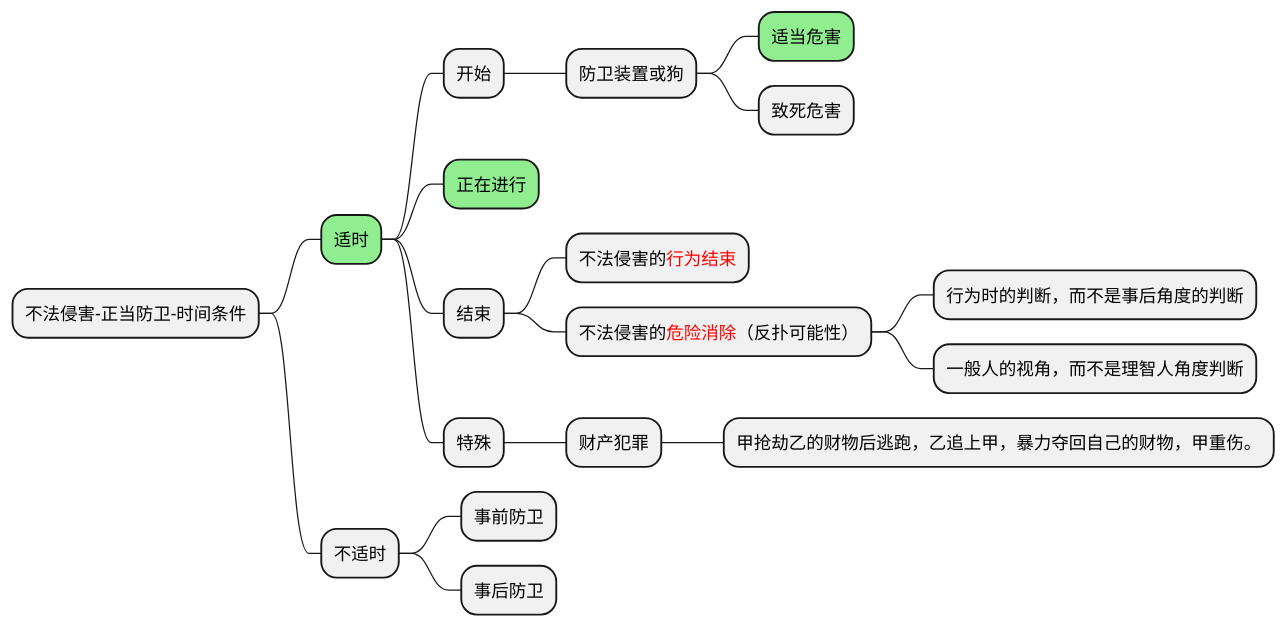
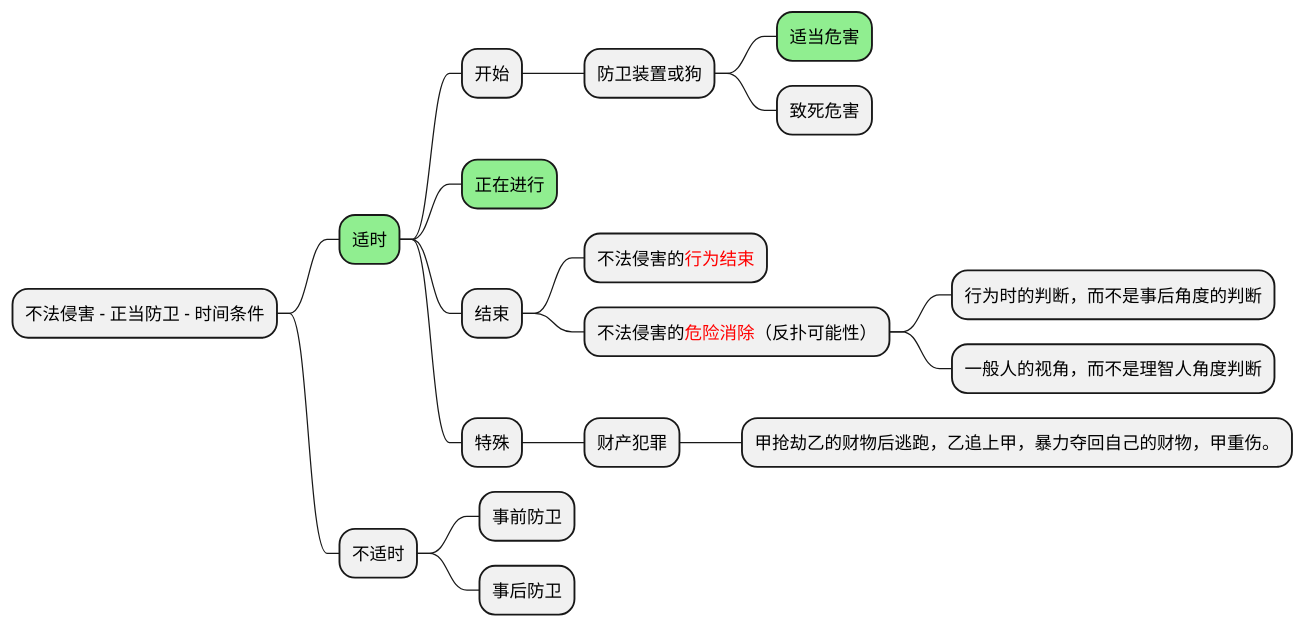
The ninth of 19 diagrams in _law/criminal/general/刑法-07-犯罪论-客观违法阻却事由.md (lsieun/lsieun.github.io), drawn with PlantUML before and after one commit. The commit also changed other lines of this file and 169 other files, not shown here.

````diff
--- a/_law/criminal/general/刑法-07-犯罪论-客观违法阻却事由.md
+++ b/_law/criminal/general/刑法-07-犯罪论-客观违法阻却事由.md
@@ -179,24 +180,24 @@
 ```plantuml
 @startmindmap
 
-* 不法侵害-正当防卫-时间条件
+* 不法侵害 - 正当防卫 - 时间条件
     *[#lightgreen] 适时
         * 开始
             * 防卫装置或狗
                 *[#lightgreen] 适当危害
                 * 致死危害
         *[#lightgreen] 正在进行
         * 结束
             * 不法侵害的<color:red>行为结束</color>
             * 不法侵害的<color:red>危险消除</color>（反扑可能性）
                 * 行为时的判断，而不是事后角度的判断
                 * 一般人的视角，而不是理智人角度判断
         * 特殊
             * 财产犯罪
                 * 甲抢劫乙的财物后逃跑，乙追上甲，暴力夺回自己的财物，甲重伤。
     * 不适时
         * 事前防卫
         * 事后防卫
 
 @endmindmap
 ```
````
